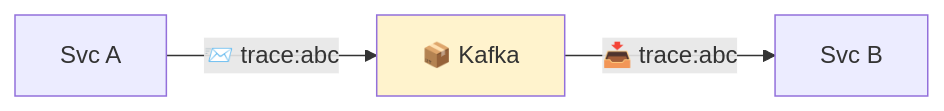
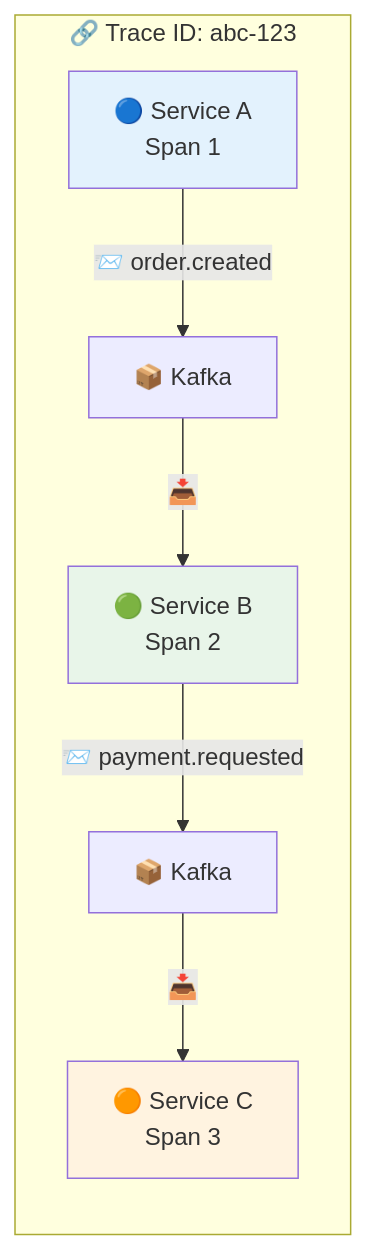
The fourth of 6 diagrams in formation-v2/day-03-integration/module-08-observability/README.md (msellamiTN/kafka-bhf), drawn with Mermaid before and after one commit. The commit also changed other lines of this file and 3 other files, not shown here.

Commit message:
docs: enhance day READMEs with objectives, concepts, diagrams, tips and add distributed tracing to M08

````diff
--- a/formation-v2/day-03-integration/module-08-observability/README.md
+++ b/formation-v2/day-03-integration/module-08-observability/README.md
@@ -73,5 +75,13 @@
 ```mermaid
 flowchart LR
-    SA["Svc A"] -->|"📨 trace:abc"| KT["📦 Kafka"] -->|"📥 trace:abc"| SB["Svc B"]
-    style KT fill:#fff3cd
+    subgraph Trace["🔗 Trace ID: abc-123"]
+        SA["🔵 Service A<br/>Span 1"] -->|"📨 order.created"| K1["📦 Kafka"]
+        K1 -->|"📥"| SB["🟢 Service B<br/>Span 2"]
+        SB -->|"📨 payment.requested"| K2["📦 Kafka"]
+        K2 -->|"📥"| SC["🟠 Service C<br/>Span 3"]
+    end
+    
+    style SA fill:#e3f2fd
+    style SB fill:#e8f5e9
+    style SC fill:#fff3e0
 ```
````
